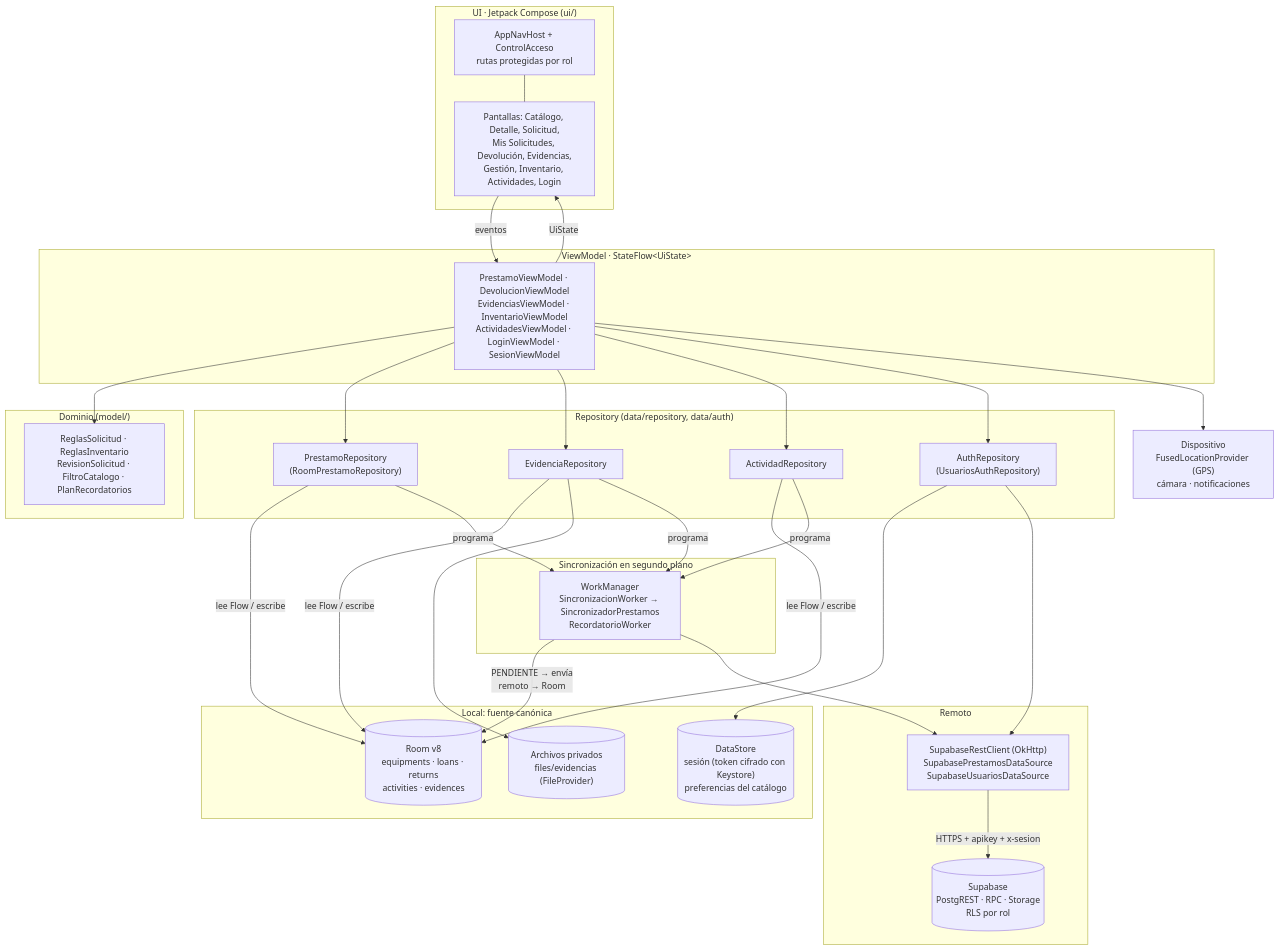
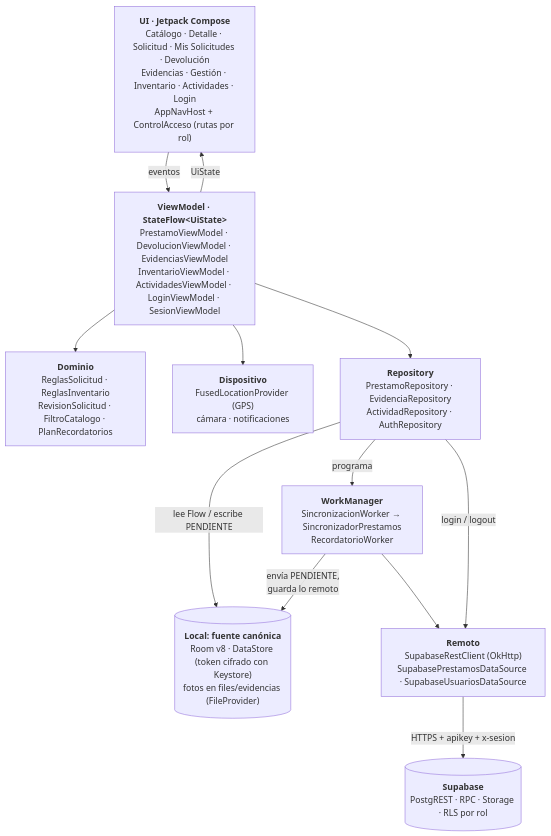
Before and after one commit to Ficha-3169892/prestamolab-ctma: the diagram in docs/ARQUITECTURA.md, drawn with Mermaid. The commit also changed 1 other file, not shown here.

Commit message:
docs: resultados de la suite de la versión de entrega y diagrama de arquitectura más legible
Unitarias 202 en verde; instrumentadas 160 de 160 en el Xiaomi (157
ejecutadas y 3 opcionales que se corren aparte). El diagrama Mermaid se
simplificó a un bloque por capa y se validó renderizándolo.

````diff
--- a/docs/ARQUITECTURA.md
+++ b/docs/ARQUITECTURA.md
@@ -8,54 +8,24 @@
 ```mermaid
 flowchart TB
-    subgraph UI["UI · Jetpack Compose (ui/)"]
-        NAV["AppNavHost + ControlAcceso<br/>rutas protegidas por rol"]
-        SCR["Pantallas: Catálogo, Detalle, Solicitud,<br/>Mis Solicitudes, Devolución, Evidencias,<br/>Gestión, Inventario, Actividades, Login"]
-    end
+    UI["<b>UI · Jetpack Compose</b><br/>Catálogo · Detalle · Solicitud · Mis Solicitudes · Devolución<br/>Evidencias · Gestión · Inventario · Actividades · Login<br/>AppNavHost + ControlAcceso (rutas por rol)"]
+    VM["<b>ViewModel · StateFlow&lt;UiState&gt;</b><br/>PrestamoViewModel · DevolucionViewModel · EvidenciasViewModel<br/>InventarioViewModel · ActividadesViewModel · LoginViewModel · SesionViewModel"]
+    DOM["<b>Dominio</b><br/>ReglasSolicitud · ReglasInventario<br/>RevisionSolicitud · FiltroCatalogo · PlanRecordatorios"]
+    DEV["<b>Dispositivo</b><br/>FusedLocationProvider (GPS)<br/>cámara · notificaciones"]
+    REPO["<b>Repository</b><br/>PrestamoRepository · EvidenciaRepository<br/>ActividadRepository · AuthRepository"]
+    LOCAL[("<b>Local: fuente canónica</b><br/>Room v8 · DataStore (token cifrado con Keystore)<br/>fotos en files/evidencias (FileProvider)")]
+    WM["<b>WorkManager</b><br/>SincronizacionWorker → SincronizadorPrestamos<br/>RecordatorioWorker"]
+    REST["<b>Remoto</b><br/>SupabaseRestClient (OkHttp)<br/>SupabasePrestamosDataSource · SupabaseUsuariosDataSource"]
+    API[("<b>Supabase</b><br/>PostgREST · RPC · Storage · RLS por rol")]
 
-    subgraph VM["ViewModel · StateFlow&lt;UiState&gt;"]
-        VMS["PrestamoViewModel · DevolucionViewModel<br/>EvidenciasViewModel · InventarioViewModel<br/>ActividadesViewModel · LoginViewModel · SesionViewModel"]
-    end
-
-    subgraph DOM["Dominio (model/)"]
-        REG["ReglasSolicitud · ReglasInventario<br/>RevisionSolicitud · FiltroCatalogo · PlanRecordatorios"]
-    end
-
-    subgraph REPO["Repository (data/repository, data/auth)"]
-        PR["PrestamoRepository<br/>(RoomPrestamoRepository)"]
-        ER["EvidenciaRepository"]
-        AR["ActividadRepository"]
-        AUTH["AuthRepository<br/>(UsuariosAuthRepository)"]
-    end
-
-    subgraph LOCAL["Local: fuente canónica"]
-        ROOM[("Room v8<br/>equipments · loans · returns<br/>activities · evidences")]
-        DS[("DataStore<br/>sesión (token cifrado con Keystore)<br/>preferencias del catálogo")]
-        FILES[("Archivos privados<br/>files/evidencias (FileProvider)")]
-    end
-
-    subgraph SYNC["Sincronización en segundo plano"]
-        WM["WorkManager<br/>SincronizacionWorker → SincronizadorPrestamos<br/>RecordatorioWorker"]
-    end
-
-    subgraph REMOTO["Remoto"]
-        REST["SupabaseRestClient (OkHttp)<br/>SupabasePrestamosDataSource<br/>SupabaseUsuariosDataSource"]
-        API[("Supabase<br/>PostgREST · RPC · Storage<br/>RLS por rol")]
-    end
-
-    DEV["Dispositivo<br/>FusedLocationProvider (GPS)<br/>cámara · notificaciones"]
-
-    SCR -- eventos --> VMS
-    VMS -- UiState --> SCR
-    NAV --- SCR
-    VMS --> REG
-    VMS --> PR & ER & AR & AUTH
-    VMS --> DEV
-    PR & ER & AR -- "lee Flow / escribe" --> ROOM
-    ER --> FILES
-    AUTH --> DS
-    AUTH --> REST
-    PR & ER & AR -- "programa" --> WM
-    WM -- "PENDIENTE → envía<br/>remoto → Room" --> ROOM
+    UI -- eventos --> VM
+    VM -- UiState --> UI
+    VM --> DOM
+    VM --> DEV
+    VM --> REPO
+    REPO -- "lee Flow / escribe PENDIENTE" --> LOCAL
+    REPO -- "programa" --> WM
+    REPO -- "login / logout" --> REST
+    WM -- "envía PENDIENTE,<br/>guarda lo remoto" --> LOCAL
     WM --> REST
     REST -- "HTTPS + apikey + x-sesion" --> API
 ```
````
